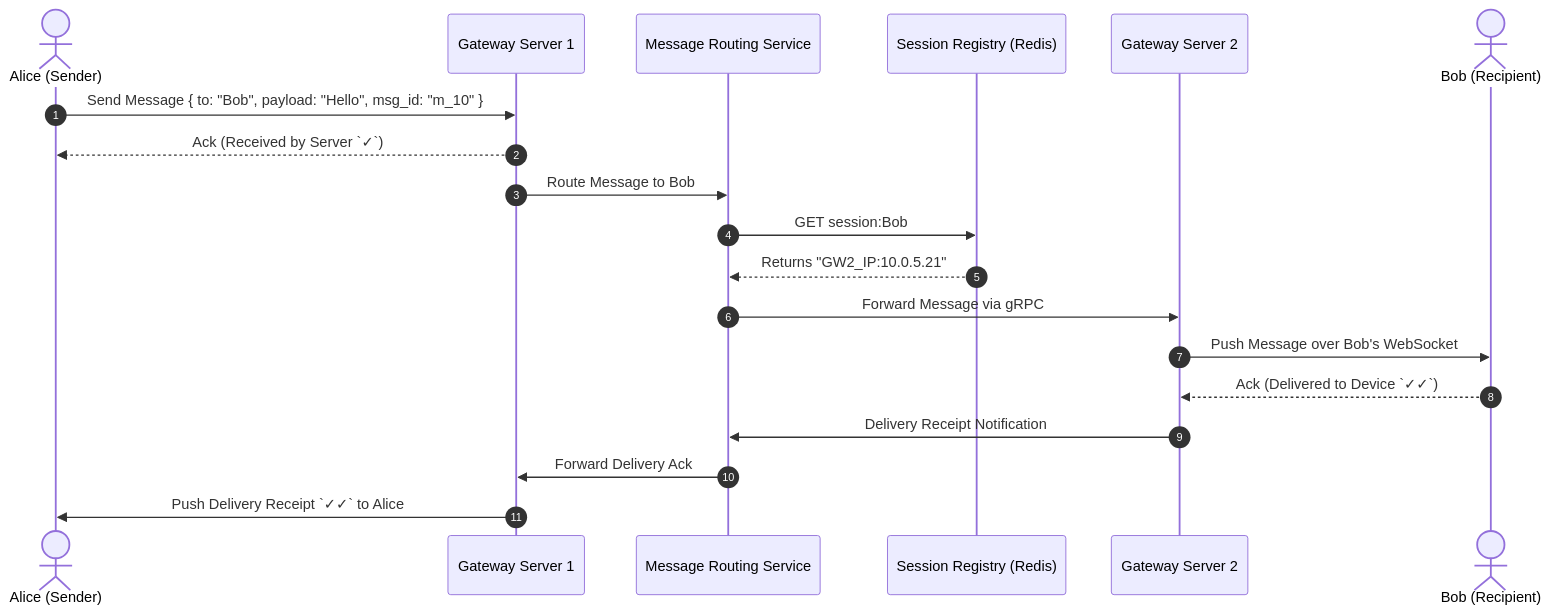
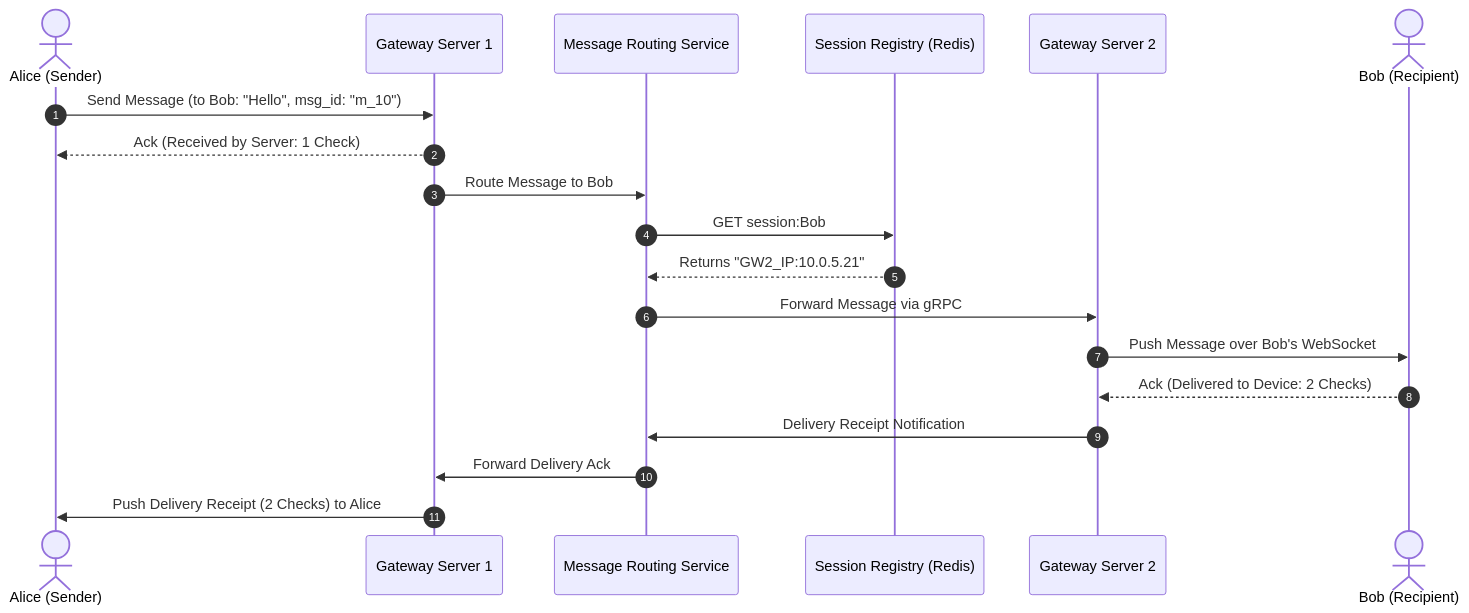
Before and after one commit to Sourav108/strivers-lld: the second of 2 diagrams in strivers-hld/15-Interview-Problems-Part-2/03-WhatsApp-Chat/README.md, drawn with Mermaid. The commit also changed 5 other files, not shown here.

Commit message:
fix(mermaid): sanitize mermaid diagram syntax, edge labels, and character encodings

````diff
--- a/strivers-hld/15-Interview-Problems-Part-2/03-WhatsApp-Chat/README.md
+++ b/strivers-hld/15-Interview-Problems-Part-2/03-WhatsApp-Chat/README.md
@@ -37,22 +37,22 @@
 ```mermaid
 sequenceDiagram
     autonumber
     actor Alice as Alice (Sender)
     participant GW1 as Gateway Server 1
     participant Router as Message Routing Service
     participant Redis as Session Registry (Redis)
     participant GW2 as Gateway Server 2
     actor Bob as Bob (Recipient)
 
-    Alice->>GW1: Send Message { to: "Bob", payload: "Hello", msg_id: "m_10" }
-    GW1-->>Alice: Ack (Received by Server `✓`)
+    Alice->>GW1: Send Message (to Bob: "Hello", msg_id: "m_10")
+    GW1-->>Alice: Ack (Received by Server: 1 Check)
     GW1->>Router: Route Message to Bob
     Router->>Redis: GET session:Bob
     Redis-->>Router: Returns "GW2_IP:10.0.5.21"
     Router->>GW2: Forward Message via gRPC
     GW2->>Bob: Push Message over Bob's WebSocket
-    Bob-->>GW2: Ack (Delivered to Device `✓✓`)
+    Bob-->>GW2: Ack (Delivered to Device: 2 Checks)
     GW2->>Router: Delivery Receipt Notification
     Router->>GW1: Forward Delivery Ack
-    GW1->>Alice: Push Delivery Receipt `✓✓` to Alice
+    GW1->>Alice: Push Delivery Receipt (2 Checks) to Alice
 ```
````
